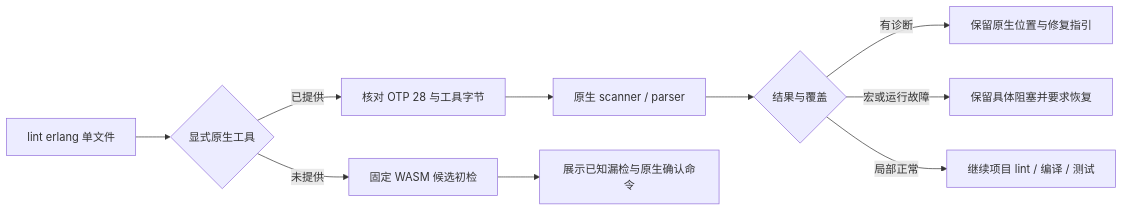
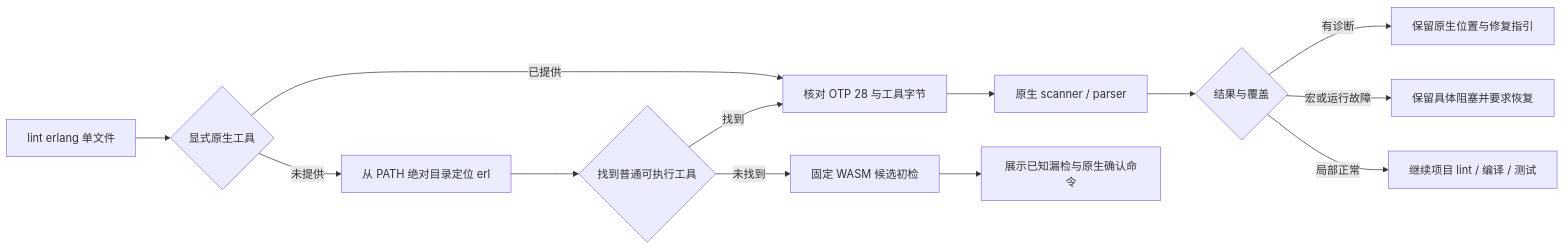
Before and after one commit to full-stack-plugins/codeguard: the sixth of 7 diagrams in docs/Codeguard-Technical-Design.zh_CN.md, drawn with Mermaid. The commit also changed other lines of this file and 23 other files, not shown here.

````diff
--- a/docs/Codeguard-Technical-Design.zh_CN.md
+++ b/docs/Codeguard-Technical-Design.zh_CN.md
@@ -865,12 +865,15 @@
 ```mermaid
 flowchart LR
     A[lint erlang 单文件] --> B{显式原生工具}
     B -->|已提供| C[核对 OTP 28 与工具字节]
     C --> D[原生 scanner / parser]
     D --> E{结果与覆盖}
     E -->|有诊断| F[保留原生位置与修复指引]
     E -->|宏或运行故障| G[保留具体阻塞并要求恢复]
     E -->|局部正常| H[继续项目 lint / 编译 / 测试]
-    B -->|未提供| I[固定 WASM 候选初检]
+    B -->|未提供| P[从 PATH 绝对目录定位 erl]
+    P --> Q{找到普通可执行工具}
+    Q -->|找到| C
+    Q -->|未找到| I[固定 WASM 候选初检]
     I --> J[展示已知漏检与原生确认命令]
 ```
````
